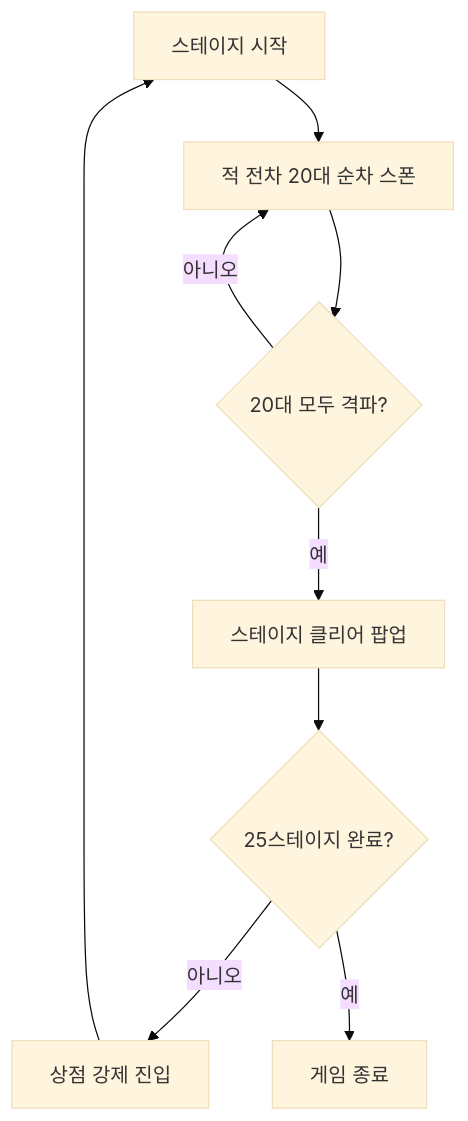
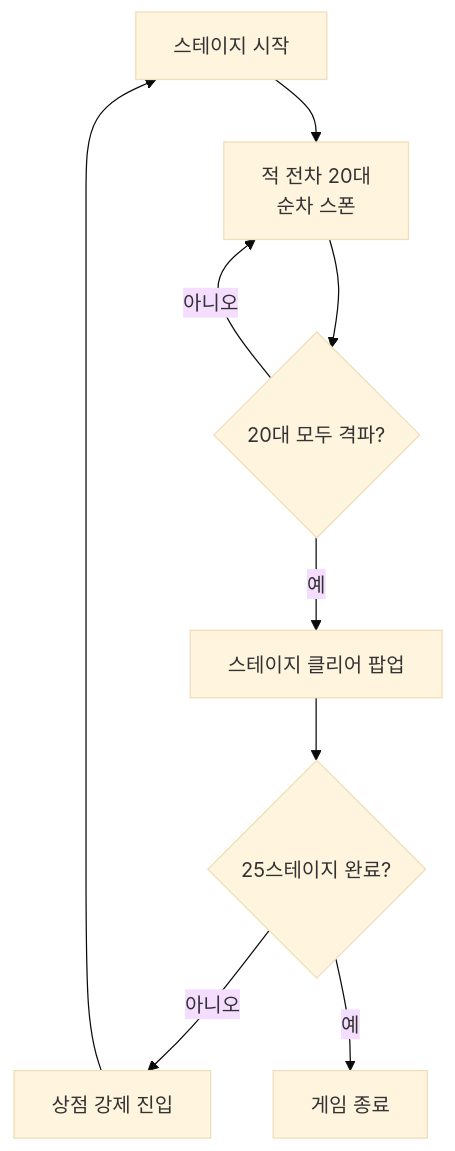
One commit to gesua/PanzerCity_scripts changed the first of 9 diagrams in README.md. Above: the diagram before and after it, drawn with Mermaid (base theme). The commit also changed other lines of this file and 7 other files, not shown here.

````diff
--- a/README.md
+++ b/README.md
@@ -136,11 +135,11 @@
 ```mermaid
 flowchart TD
-    A[스테이지 시작] --> B[적 전차 20대 순차 스폰]
+    A[스테이지 시작] --> B[적 전차 20대<br>순차 스폰]
     B --> C{20대 모두 격파?}
     C -- 아니오 --> B
     C -- 예 --> D[스테이지 클리어 팝업]
     D --> F{25스테이지 완료?}
     F -- 아니오 --> E[상점 강제 진입]
     E --> A
     F -- 예 --> G[게임 종료]
 ```
````
